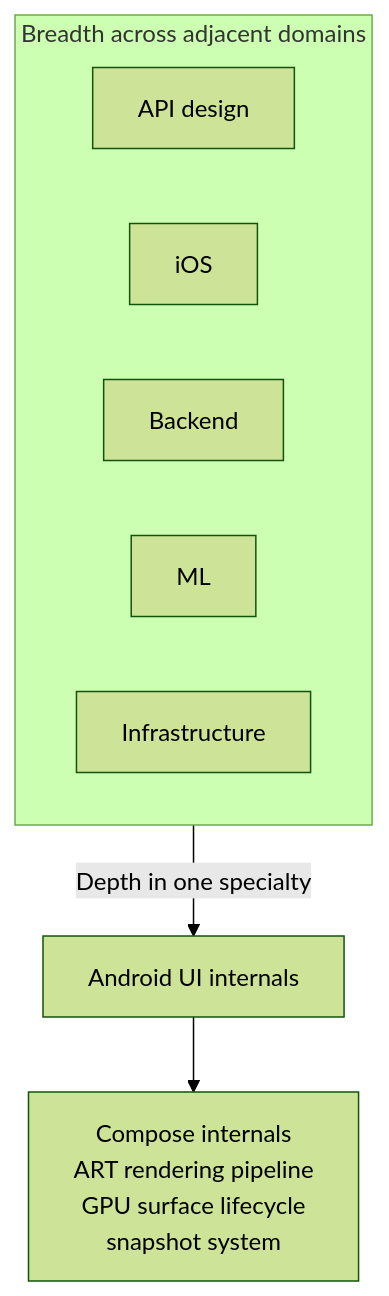
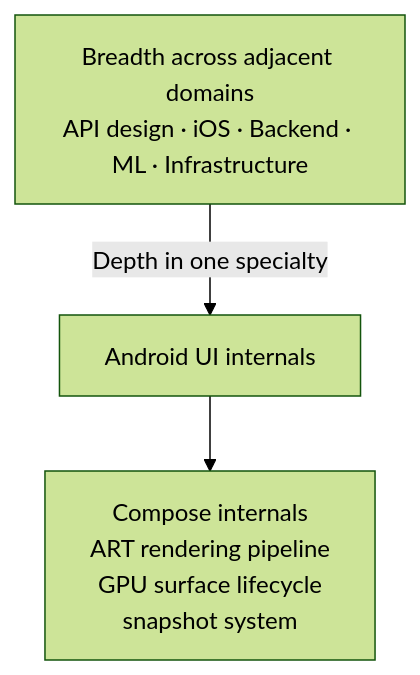
Before and after one commit to swarnsingh/android-staff-engineer-playbook-website: the diagram in career/senior-to-staff-progression.md, drawn with Mermaid (forest theme). The commit also changed 1 other file, not shown here.

Commit message:
Address PR 20 review feedback

````diff
--- a/career/senior-to-staff-progression.md
+++ b/career/senior-to-staff-progression.md
@@ -71,13 +71,6 @@
 ```mermaid
 flowchart TB
-    subgraph breadth["Breadth across adjacent domains"]
-        direction LR
-        api["API design"]
-        ios["iOS"]
-        backend["Backend"]
-        ml["ML"]
-        infra["Infrastructure"]
-    end
-    backend -->|"Depth in one specialty"| android["Android UI internals"]
+    breadth["Breadth across adjacent domains<br/>API design · iOS · Backend · ML · Infrastructure"]
+    breadth -->|"Depth in one specialty"| android["Android UI internals"]
     android --> internals["Compose internals<br/>ART rendering pipeline<br/>GPU surface lifecycle<br/>snapshot system"]
 ```
````
